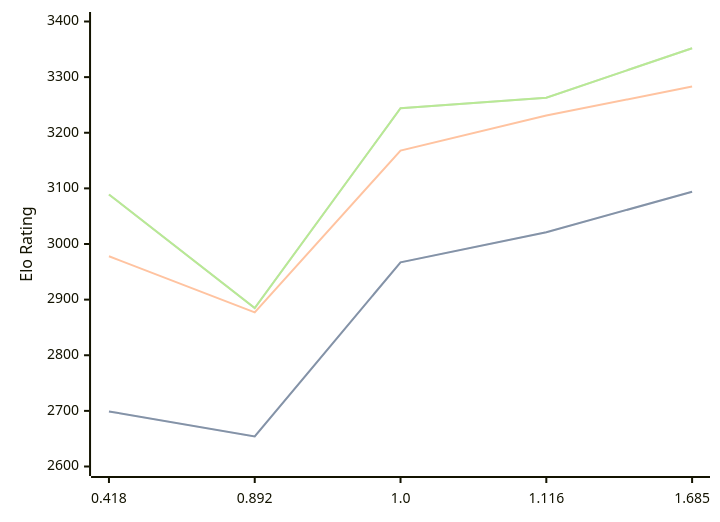
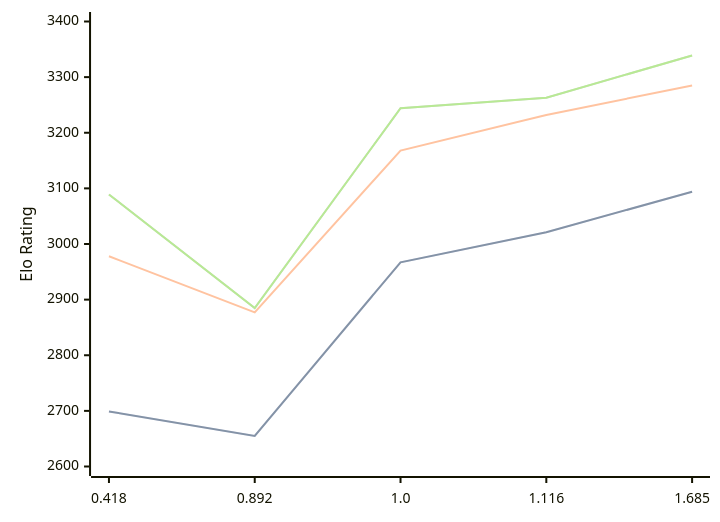
One commit to computer-chess-index/cci changed the diagram in engines/Malika.md. Above: the diagram before and after it, drawn with Mermaid. The commit also changed other lines of this file, not shown here.

Commit message:
Update CCI Ratings (ELO VLTC) - 2026-07-22

````diff
--- a/engines/Malika.md
+++ b/engines/Malika.md
@@ -35,11 +35,11 @@
 ```mermaid
 %%{init: {"theme":"base","themeVariables":{"seriesColors:['#a3a3a3','#222221','#faa371']}}}%%
 xychart-beta
   x-axis ["0.418", "0.892", "1.0", "1.116", "1.685"]
   y-axis "Elo Rating" 2600 --> 3400
-  line "STC (8.0+0.08s)" [2699, 2654, 2967, 3021, 3094]
-  line "STC (8.0+0.08s)" [2699, 2654, 2967, 3021, 3094]
-  line "LTC (60.0+0.60s)" [2978, 2877, 3168, 3231, 3283]
-  line "VLTC (2m24s+1.12s)" [3089, 2885, 3244, 3263, 3352]
-  line "VLTC (2m24s+1.12s)" [3089, 2885, 3244, 3263, 3352]
+  line "STC (8.0+0.08s)" [2699, 2655, 2967, 3021, 3094]
+  line "STC (8.0+0.08s)" [2699, 2655, 2967, 3021, 3094]
+  line "LTC (60.0+0.60s)" [2978, 2877, 3168, 3232, 3285]
+  line "VLTC (2m24s+1.12s)" [3089, 2885, 3244, 3263, 3339]
+  line "VLTC (2m24s+1.12s)" [3089, 2885, 3244, 3263, 3339]
 ```
````
